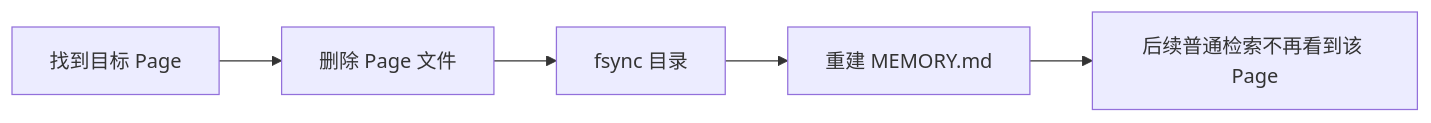
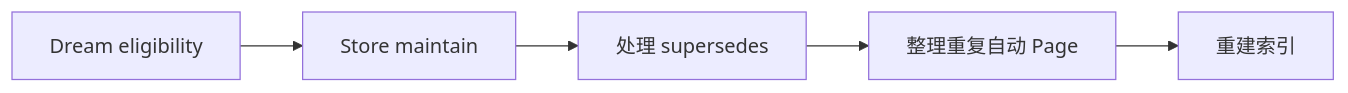
Before and after one commit to Arthur999459up/GitAgent: the tenth of 10 diagrams in docs/11-long-term-memory.md, drawn with Mermaid. The commit also changed other lines of this file and 15 other files, not shown here.

````diff
--- a/docs/11-long-term-memory.md
+++ b/docs/11-long-term-memory.md
@@ -664,7 +288,7 @@
 ```mermaid
 flowchart LR
-    A[找到目标 Page] --> B[删除 Page 文件]
-    B --> C[fsync 目录]
-    C --> D[重建 MEMORY.md]
-    D --> E[后续普通检索不再看到该 Page]
+    E[Dream eligibility] --> M[Store maintain]
+    M --> S[处理 supersedes]
+    S --> D[整理重复自动 Page]
+    D --> I[重建索引]
 ```
````
